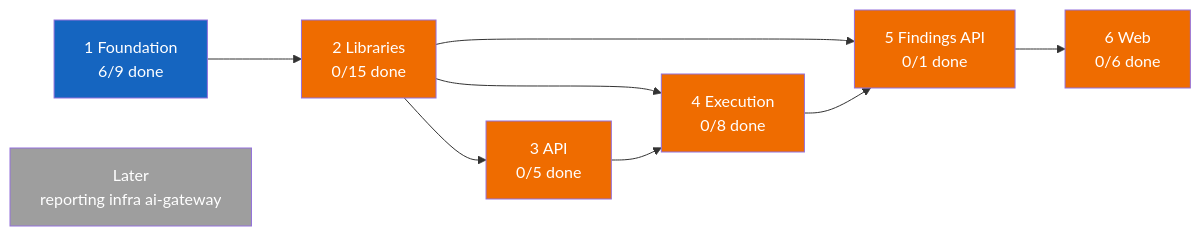
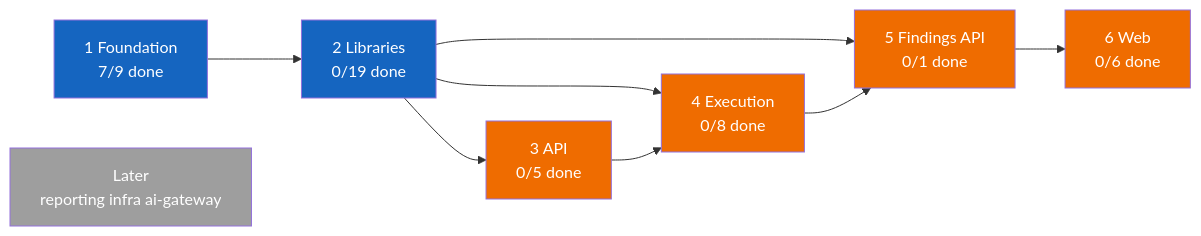
Before and after one commit to vulcanflow/docs: the first of 2 diagrams in PROGRESS.md, drawn with Mermaid. The commit also changed other lines of this file and 1 other file, not shown here.

````diff
--- a/PROGRESS.md
+++ b/PROGRESS.md
@@ -24,31 +24,31 @@
 ```mermaid
 flowchart LR
-  P1["1 Foundation<br/>6/9 done"]
-  P2["2 Libraries<br/>0/15 done"]
+  P1["1 Foundation<br/>7/9 done"]
+  P2["2 Libraries<br/>0/19 done"]
   P3["3 API<br/>0/5 done"]
   P4["4 Execution<br/>0/8 done"]
   P5["5 Findings API<br/>0/1 done"]
   P6["6 Web<br/>0/6 done"]
   L["Later<br/>reporting infra ai-gateway"]
 
   P1 --> P2
   P2 --> P3
   P2 --> P4
   P3 --> P4
   P2 --> P5
   P4 --> P5
   P5 --> P6
 
   classDef done fill:#2e7d32,color:#fff
   classDef active fill:#1565c0,color:#fff
   classDef held fill:#9e9e9e,color:#fff
   classDef blocked fill:#ef6c00,color:#fff
 
   class P1 active
-  class P2 blocked
+  class P2 active
   class P3 blocked
   class P4 blocked
   class P5 blocked
   class P6 blocked
   class L held
 ```
````
